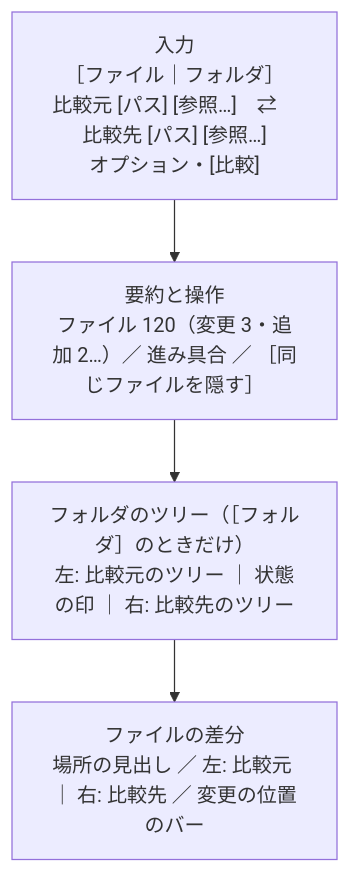
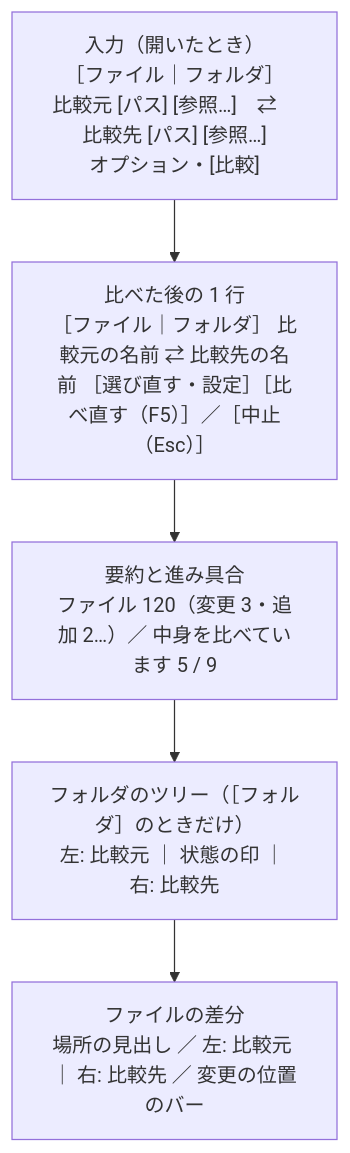
The third of 5 diagrams in docs/05_比較.md (hsgwa/tebunko), drawn with Mermaid before and after one commit. The commit also changed other lines of this file and 26 other files, not shown here.

````diff
--- a/docs/05_比較.md
+++ b/docs/05_比較.md
@@ -285,8 +273,9 @@
 ```mermaid
 flowchart TB
-    IN["入力<br>［ファイル｜フォルダ］<br>比較元 [パス] [参照…]　⇄　比較先 [パス] [参照…]<br>オプション・[比較]"]
-    SUM["要約と操作<br>ファイル 120（変更 3・追加 2…）／ 進み具合 ／ ［同じファイルを隠す］"]
-    TREE["フォルダのツリー（［フォルダ］のときだけ）<br>左: 比較元のツリー ｜ 状態の印 ｜ 右: 比較先のツリー"]
+    IN["入力（開いたとき）<br>［ファイル｜フォルダ］<br>比較元 [パス] [参照…]　⇄　比較先 [パス] [参照…]<br>オプション・[比較]"]
+    BAR["比べた後の 1 行<br>［ファイル｜フォルダ］ 比較元の名前 ⇄ 比較先の名前 ［選び直す・設定］［比べ直す（F5）］／［中止（Esc）］"]
+    SUM["要約と進み具合<br>ファイル 120（変更 3・追加 2…）／ 中身を比べています 5 / 9"]
+    TREE["フォルダのツリー（［フォルダ］のときだけ）<br>左: 比較元 ｜ 状態の印 ｜ 右: 比較先"]
     DIFF["ファイルの差分<br>場所の見出し ／ 左: 比較元 ｜ 右: 比較先 ／ 変更の位置のバー"]
-    IN --> SUM --> TREE --> DIFF
+    IN --> BAR --> SUM --> TREE --> DIFF
 ```
````
